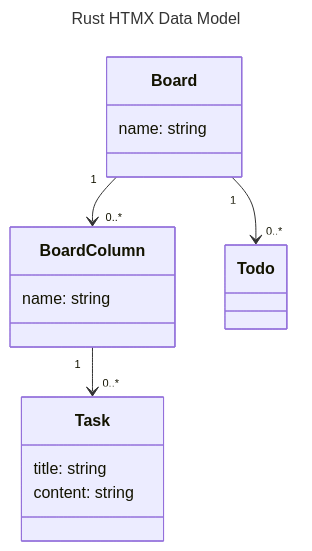
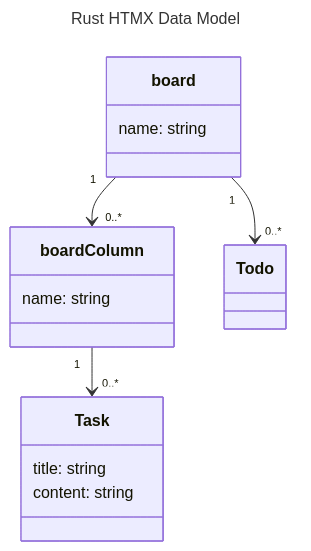
Before and after one commit to romainbellande/rust-htmx: the diagram in README.md, drawn with Mermaid. The commit also changed 28 other files, not shown here.

````diff
--- a/README.md
+++ b/README.md
@@ -5,22 +5,22 @@
 ```mermaid
 ---
 title: "Rust HTMX Data Model"
 ---
 classDiagram
-  class Board {
+  class board {
     name: string
   }
   class Task {
     title: string
     content: string
   }
 
-  class BoardColumn {
+  class boardColumn {
     name: string
   }
 
-  Board "1" --> "0..*" Todo
-  Board "1" --> "0..*" BoardColumn
-  BoardColumn "1" --> "0..*" Task
+  board "1" --> "0..*" Todo
+  board "1" --> "0..*" boardColumn
+  boardColumn "1" --> "0..*" Task
 
 ```
````
